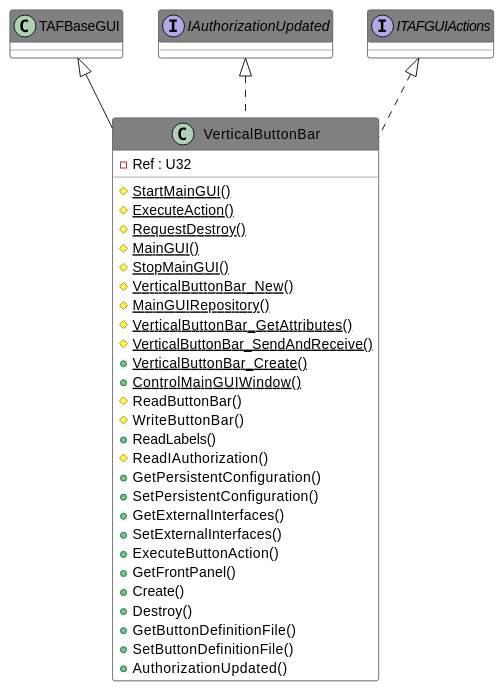
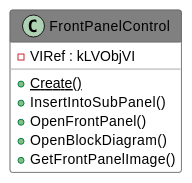
The diagram in Source/Antidoc-Output/Includes/039.adoc (PatriekBruins/TriekselsoftApplicationFramework), drawn with PlantUML before and after one commit. The commit also changed other lines of this file and 692 other files, not shown here.

```diff
--- a/Source/Antidoc-Output/Includes/039.adoc
+++ b/Source/Antidoc-Output/Includes/039.adoc
@@ -8,51 +8,24 @@
 [plantuml, format="svg", align="center"]
 ....
 @startuml
 set namespaceSeparator :
 skinparam ClassBackgroundColor #FFFFFF
 skinparam ClassBorderColor #555555
 skinparam ClassFontColor #000000
 skinparam ClassHeaderBackgroundColor #808080
 
 skinparam top to bottom direction
-class "VerticalButtonBar" {
-{field} -Ref : U32
-{static} {method} #StartMainGUI()
-{static} {method} #ExecuteAction()
-{static} {method} #RequestDestroy()
-{static} {method} #MainGUI()
-{static} {method} #StopMainGUI()
-{static} {method} #VerticalButtonBar_New()
-{static} {method} #MainGUIRepository()
-{static} {method} #VerticalButtonBar_GetAttributes()
-{static} {method} #VerticalButtonBar_SendAndReceive()
-{static} {method} +VerticalButtonBar_Create()
-{static} {method} +ControlMainGUIWindow()
-{method} #ReadButtonBar()
-{method} #WriteButtonBar()
-{method} +ReadLabels()
-{method} #ReadIAuthorization()
-{method} +GetPersistentConfiguration()
-{method} +SetPersistentConfiguration()
-{method} +GetExternalInterfaces()
-{method} +SetExternalInterfaces()
-{method} +ExecuteButtonAction()
-{method} +GetFrontPanel()
-{method} +Create()
-{method} +Destroy()
-{method} +GetButtonDefinitionFile()
-{method} +SetButtonDefinitionFile()
-{method} +AuthorizationUpdated()
+class "FrontPanelControl" {
+{field} -VIRef : kLVObjVI
+{static} {method} +Create()
+{method} +InsertIntoSubPanel()
+{method} +OpenFrontPanel()
+{method} +OpenBlockDiagram()
+{method} +GetFrontPanelImage()
 
 }
-"TAFBaseGUI" <|-- "VerticalButtonBar"
-"IAuthorizationUpdated" <|.. "VerticalButtonBar"
-interface "IAuthorizationUpdated" {}
-"ITAFGUIActions" <|.. "VerticalButtonBar"
-interface "ITAFGUIActions" {}
-
 
 
 
 @enduml
 ....
```
